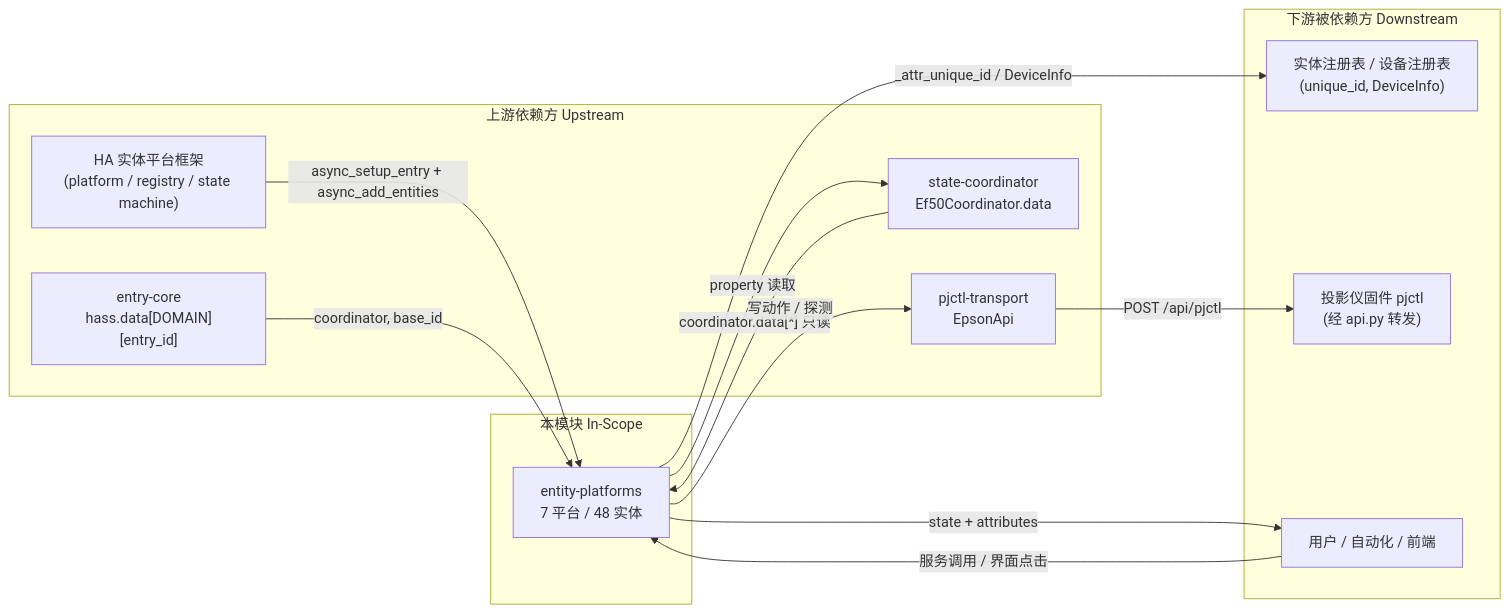
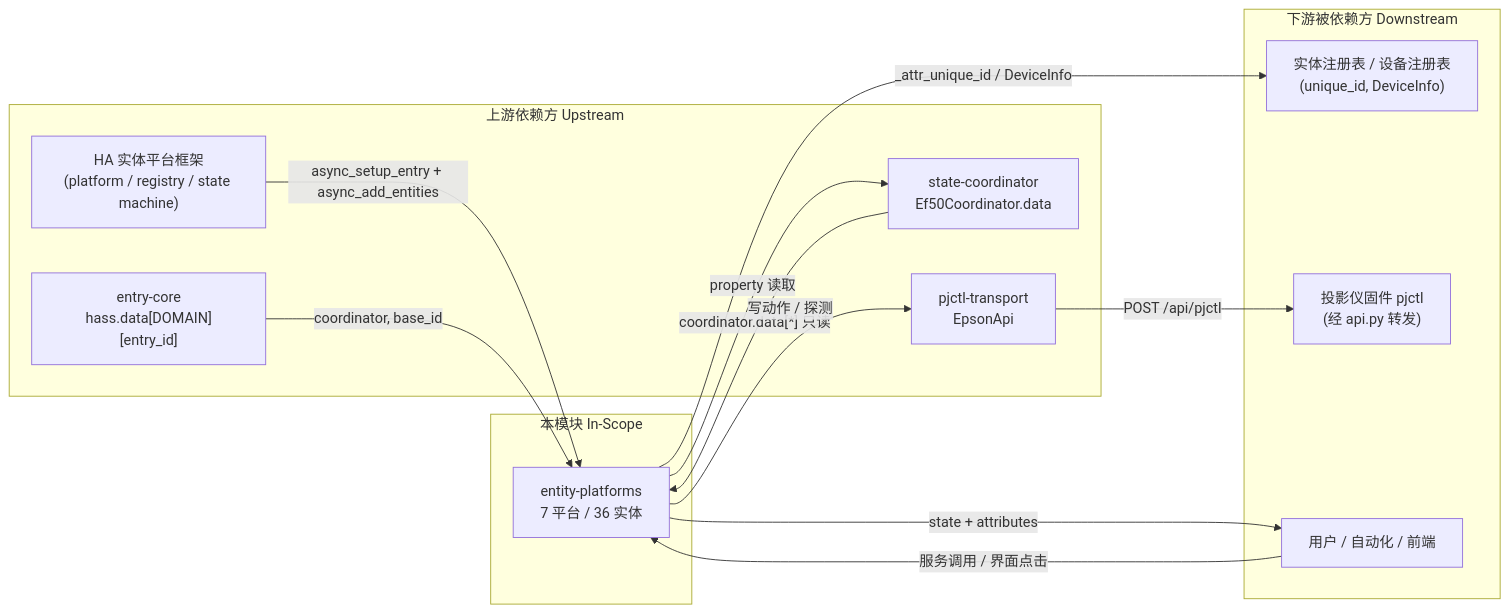
The diagram in docs/architecture/subsystems/entity-platforms/boundaries.md (aixmoyu/ha-epson-ef-projector), drawn with Mermaid before and after one commit. The commit also changed other lines of this file and 78 other files, not shown here.

````diff
--- a/docs/architecture/subsystems/entity-platforms/boundaries.md
+++ b/docs/architecture/subsystems/entity-platforms/boundaries.md
@@ -22,26 +22,26 @@
 ```mermaid
 graph LR
     subgraph 本模块 In-Scope
-        SELF["entity-platforms<br/>7 平台 / 48 实体"]
+        SELF["entity-platforms<br/>7 平台 / 36 实体"]
     end
     subgraph 上游依赖方 Upstream
         HA["HA 实体平台框架<br/>(platform / registry / state machine)"]
         SC["state-coordinator<br/>Ef50Coordinator.data"]
         TX["pjctl-transport<br/>EpsonApi"]
         EC["entry-core<br/>hass.data[DOMAIN][entry_id]"]
     end
     subgraph 下游被依赖方 Downstream
         ER["实体注册表 / 设备注册表<br/>(unique_id, DeviceInfo)"]
         FW["投影仪固件 pjctl<br/>(经 api.py 转发)"]
         AUT["用户 / 自动化 / 前端"]
     end
     HA -->|"async_setup_entry + async_add_entities"| SELF
     EC -->|"coordinator, base_id"| SELF
     SC -->|"coordinator.data[*] 只读"| SELF
     SELF -->|"property 读取"| SC
     SELF -->|"写动作 / 探测"| TX
     TX -->|"POST /api/pjctl"| FW
     SELF -->|"_attr_unique_id / DeviceInfo"| ER
     AUT -->|"服务调用 / 界面点击"| SELF
     SELF -->|"state + attributes"| AUT
 ```
````
